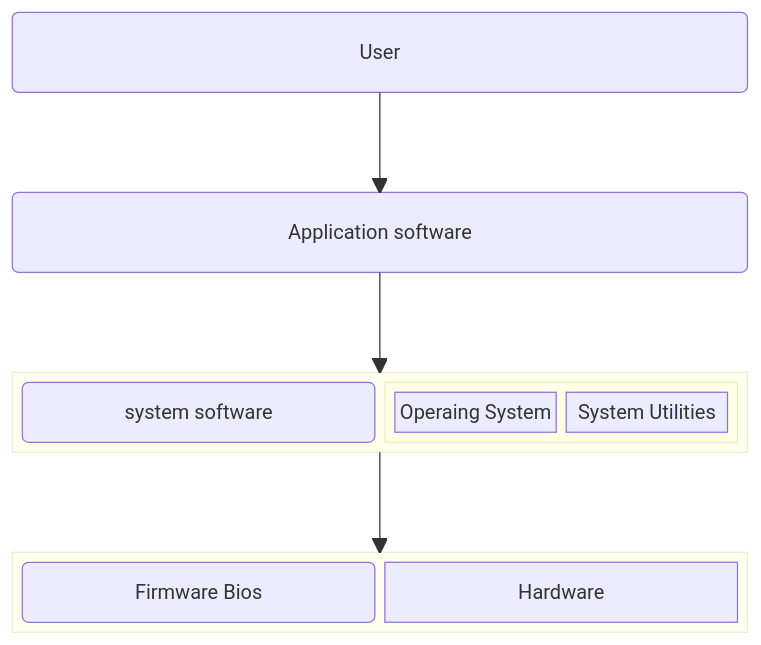
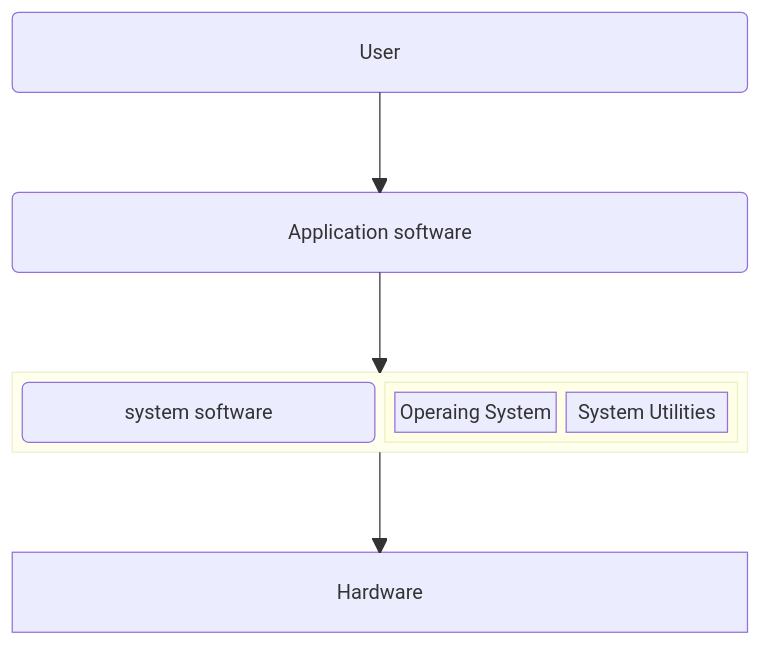
One commit to krushnaPatilGH/TE_NOTES changed the first of 2 diagrams in Unit_1.md. Above: the diagram before and after it, drawn with Mermaid. The commit also changed other lines of this file, not shown here.

````diff
--- a/Unit_1.md
+++ b/Unit_1.md
@@ -36,25 +31,21 @@
 ```mermaid
 block-beta 
 columns 1
 U("User")
 space 
 AS("Application software")
 space
 block:SS
     SSSS(" system software ")
     block:SSB
         SSOS[" Operaing System "]
         SSUT[" System Utilities "]
     end
 end
 space
-block:C
-    columns 2
-    FB("Firmware Bios") 
-    H["Hardware"]
-end
+H["Hardware"]
 
 U --> AS
 AS --> SS
-SS --> C
+SS --> H
 ```
````
